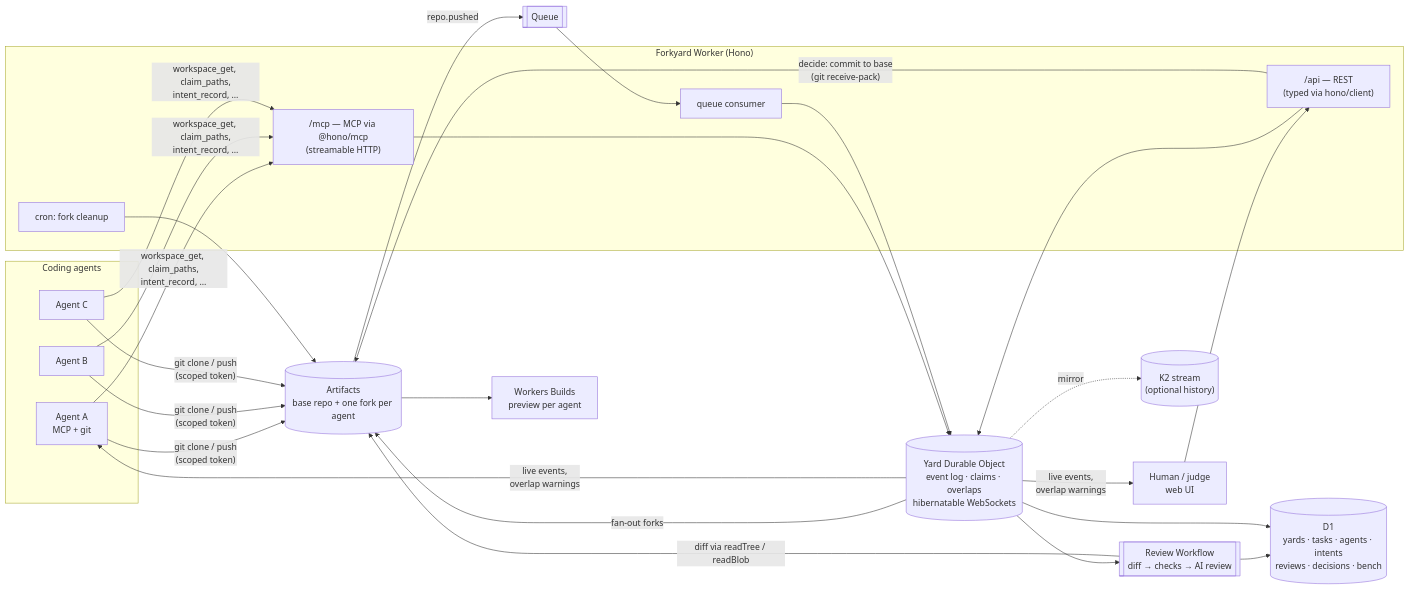
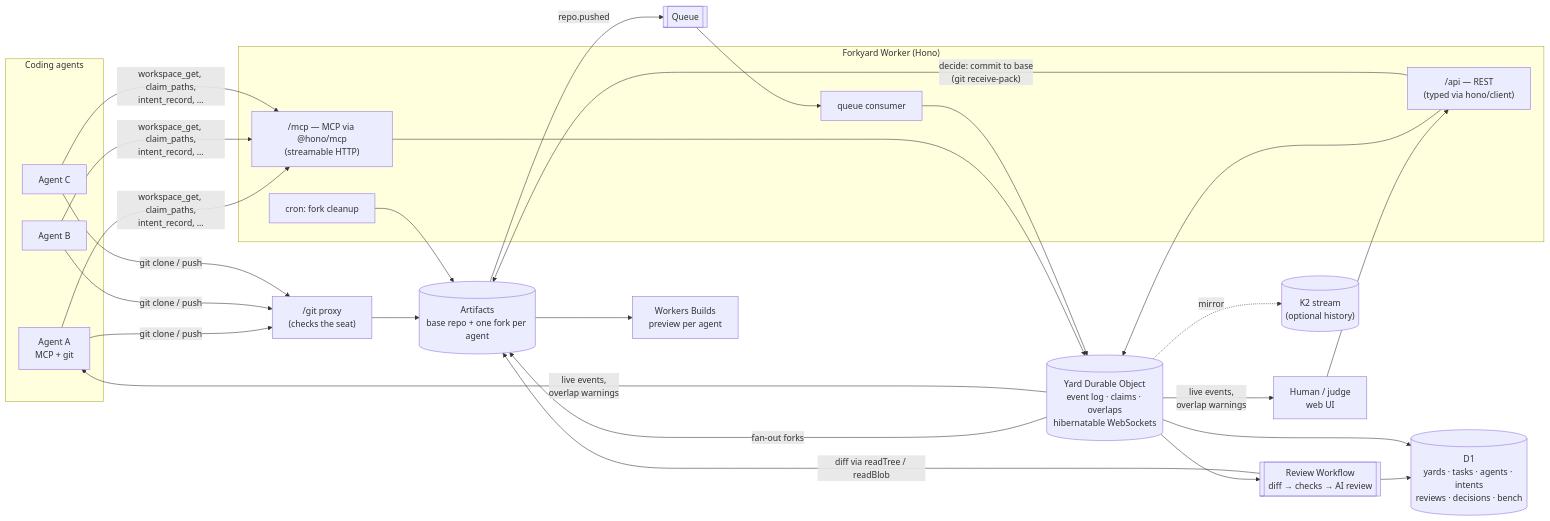
The diagram in README.md (baronunread/forkyard), drawn with Mermaid before and after one commit. The commit also changed other lines of this file and 17 other files, not shown here.

First line of the commit message:
Git at Forkyard's own address: seats and people push with plain git, no tokens handed out

````diff
--- a/README.md
+++ b/README.md
@@ -79,39 +79,39 @@
 ```mermaid
 flowchart LR
   subgraph agents [Coding agents]
     A1["Agent A<br/>MCP + git"]
     A2["Agent B"]
     A3["Agent C"]
   end
   human["Human / judge<br/>web UI"]
 
   subgraph worker ["Forkyard Worker (Hono)"]
     rest["/api — REST<br/>(typed via hono/client)"]
     mcp["/mcp — MCP via @hono/mcp<br/>(streamable HTTP)"]
     qc["queue consumer"]
     cron["cron: fork cleanup"]
   end
 
   yard[("Yard Durable Object<br/>event log · claims · overlaps<br/>hibernatable WebSockets")]
   d1[("D1<br/>yards · tasks · agents · intents<br/>reviews · decisions · bench")]
   wf[["Review Workflow<br/>diff → checks → AI review"]]
   art[("Artifacts<br/>base repo + one fork per agent")]
   q[["Queue"]]
   k2[("K2 stream<br/>(optional history)")]
   builds["Workers Builds<br/>preview per agent"]
 
-  A1 & A2 & A3 -- "git clone / push<br/>(scoped token)" --> art
+  A1 & A2 & A3 -- "git clone / push" --> gitp["/git proxy<br/>(checks the seat)"] --> art
   A1 & A2 & A3 -- "workspace_get, claim_paths,<br/>intent_record, …" --> mcp
   human --> rest
   rest & mcp --> yard
   art -- "repo.pushed" --> q --> qc --> yard
   yard -- "fan-out forks" --> art
   yard --> wf --> d1
   wf -- "diff via readTree / readBlob" --> art
   yard --> d1
   yard -- "live events,<br/>overlap warnings" --> human & A1
   yard -. "mirror" .-> k2
   rest -- "decide: commit to base<br/>(git receive-pack)" --> art
   art --> builds
   cron --> art
 ```
````
